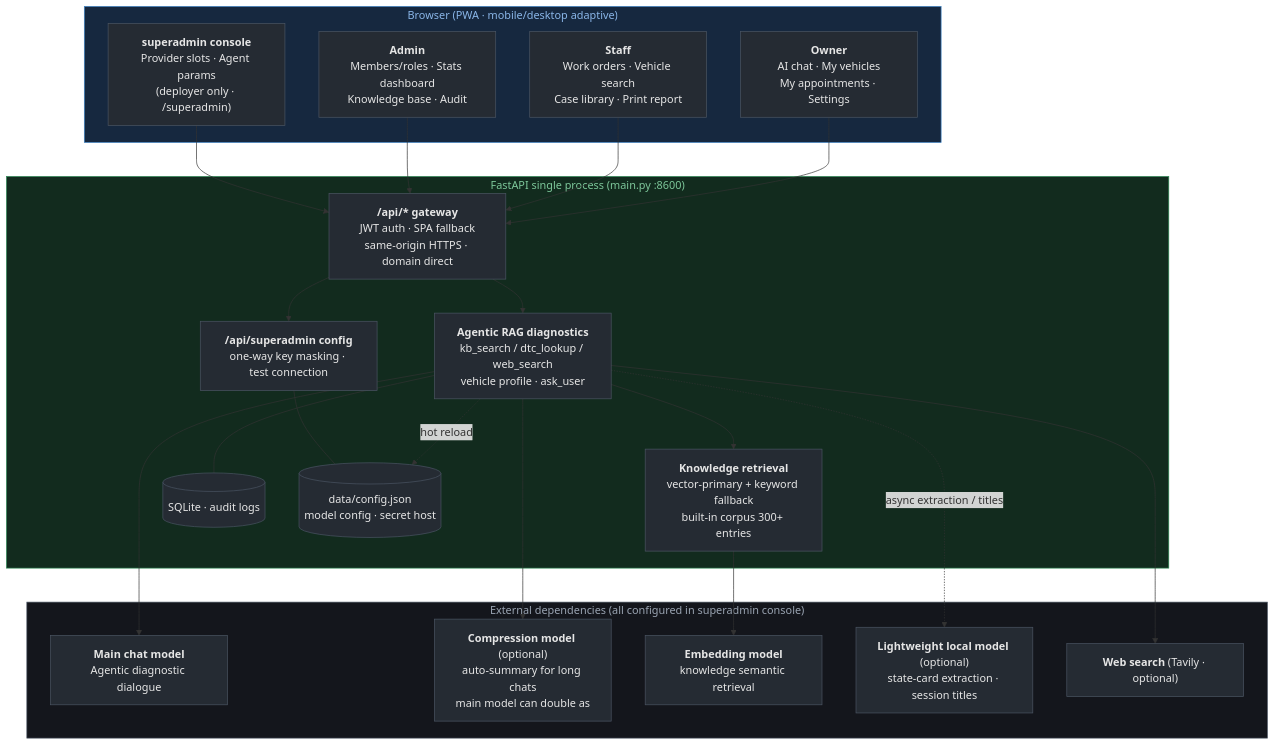
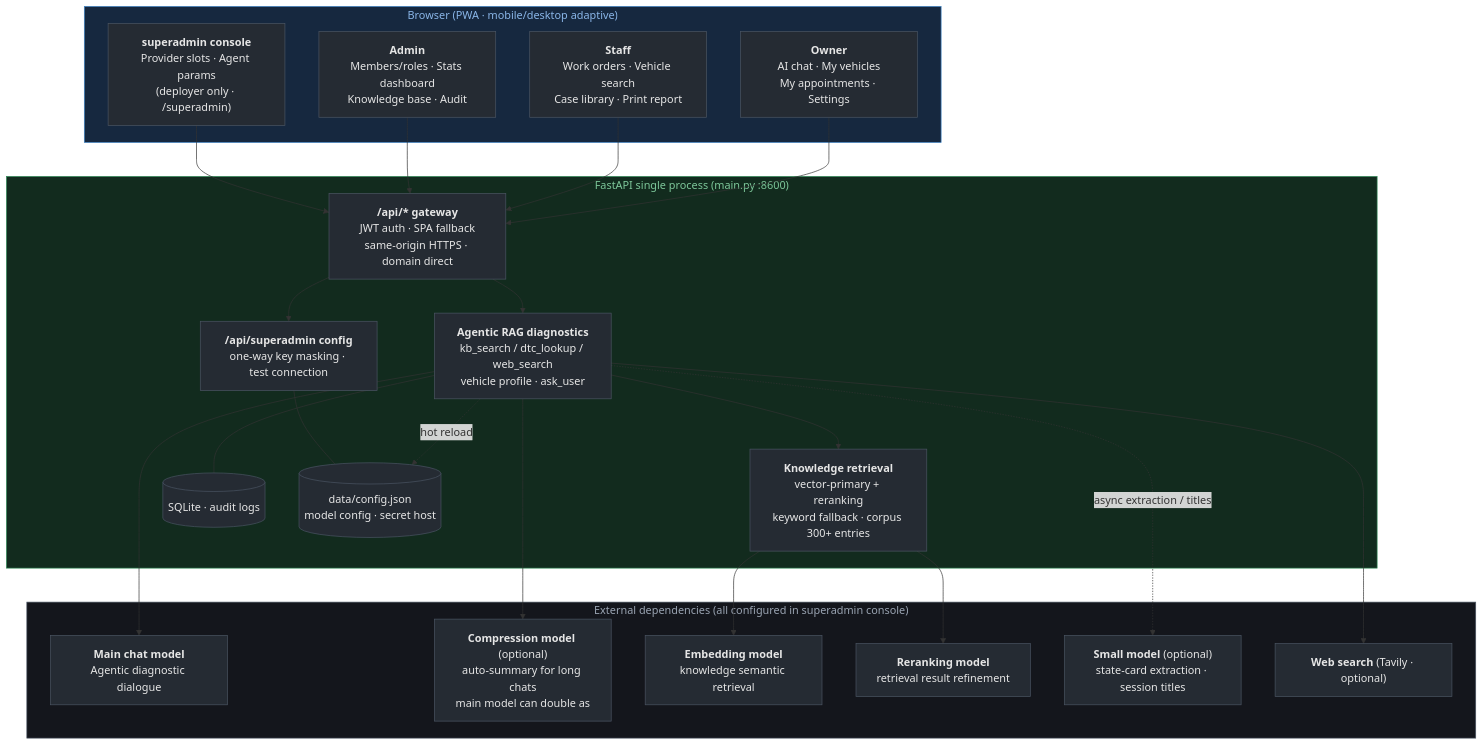
One commit to EVOL233awa/NEV-AI-Diagnostic-System changed the diagram in README_EN.md. Above: the diagram before and after it, drawn with Mermaid. The commit also changed other lines of this file and 14 other files, not shown here.

````diff
--- a/README_EN.md
+++ b/README_EN.md
@@ -11,48 +11,50 @@
 ```mermaid
 flowchart TB
     subgraph browser["Browser (PWA · mobile/desktop adaptive)"]
         B1["<b>Owner</b><br/>AI chat · My vehicles<br/>My appointments · Settings"]
         B2["<b>Staff</b><br/>Work orders · Vehicle search<br/>Case library · Print report"]
         B3["<b>Admin</b><br/>Members/roles · Stats dashboard<br/>Knowledge base · Audit"]
         B4["<b>superadmin console</b><br/>Provider slots · Agent params<br/>(deployer only · /superadmin)"]
     end
 
     subgraph backend["FastAPI single process (main.py :8600)"]
         GW["<b>/api/* gateway</b><br/>JWT auth · SPA fallback<br/>same-origin HTTPS · domain direct"]
         AG["<b>Agentic RAG diagnostics</b><br/>kb_search / dtc_lookup / web_search<br/>vehicle profile · ask_user"]
-        RAG["<b>Knowledge retrieval</b><br/>vector-primary + keyword fallback<br/>built-in corpus 300+ entries"]
+        RAG["<b>Knowledge retrieval</b><br/>vector-primary + reranking<br/>keyword fallback · corpus 300+ entries"]
         DB[("SQLite · audit logs")]
         SA["<b>/api/superadmin config</b><br/>one-way key masking · test connection"]
         CFG[("data/config.json<br/>model config · secret host")]
     end
 
     subgraph deps["External dependencies (all configured in superadmin console)"]
         M1["<b>Main chat model</b><br/>Agentic diagnostic dialogue"]
         M2["<b>Compression model</b> (optional)<br/>auto-summary for long chats<br/>main model can double as"]
         M3["<b>Embedding model</b><br/>knowledge semantic retrieval"]
-        M4["<b>Lightweight local model</b> (optional)<br/>state-card extraction · session titles"]
+        M5["<b>Reranking model</b><br/>retrieval result refinement"]
+        M4["<b>Small model</b> (optional)<br/>state-card extraction · session titles"]
         TV["<b>Web search</b> (Tavily · optional)"]
     end
 
     B1 --> GW
     B2 --> GW
     B3 --> GW
     B4 --> GW
     GW --> AG
     GW --> SA
     AG --> RAG
     AG --- DB
     AG -. "hot reload" .-> CFG
     SA --- CFG
     AG --> M1
     AG --> M2
     AG --> TV
     AG -. "async extraction / titles" .-> M4
     RAG --> M3
+    RAG --> M5
 
     classDef node fill:#252b33,stroke:#4b5563,color:#e6e6e6
-    class B1,B2,B3,B4,GW,AG,RAG,DB,SA,CFG,M1,M2,M3,M4,TV node
+    class B1,B2,B3,B4,GW,AG,RAG,DB,SA,CFG,M1,M2,M3,M4,M5,TV node
     style browser fill:#16283f,stroke:#3b82c4,color:#8ab6e8
     style backend fill:#122b1e,stroke:#2e8b57,color:#7dc79a
     style deps fill:#14161c,stroke:#4b5563,color:#9aa4b2
 ```
````
